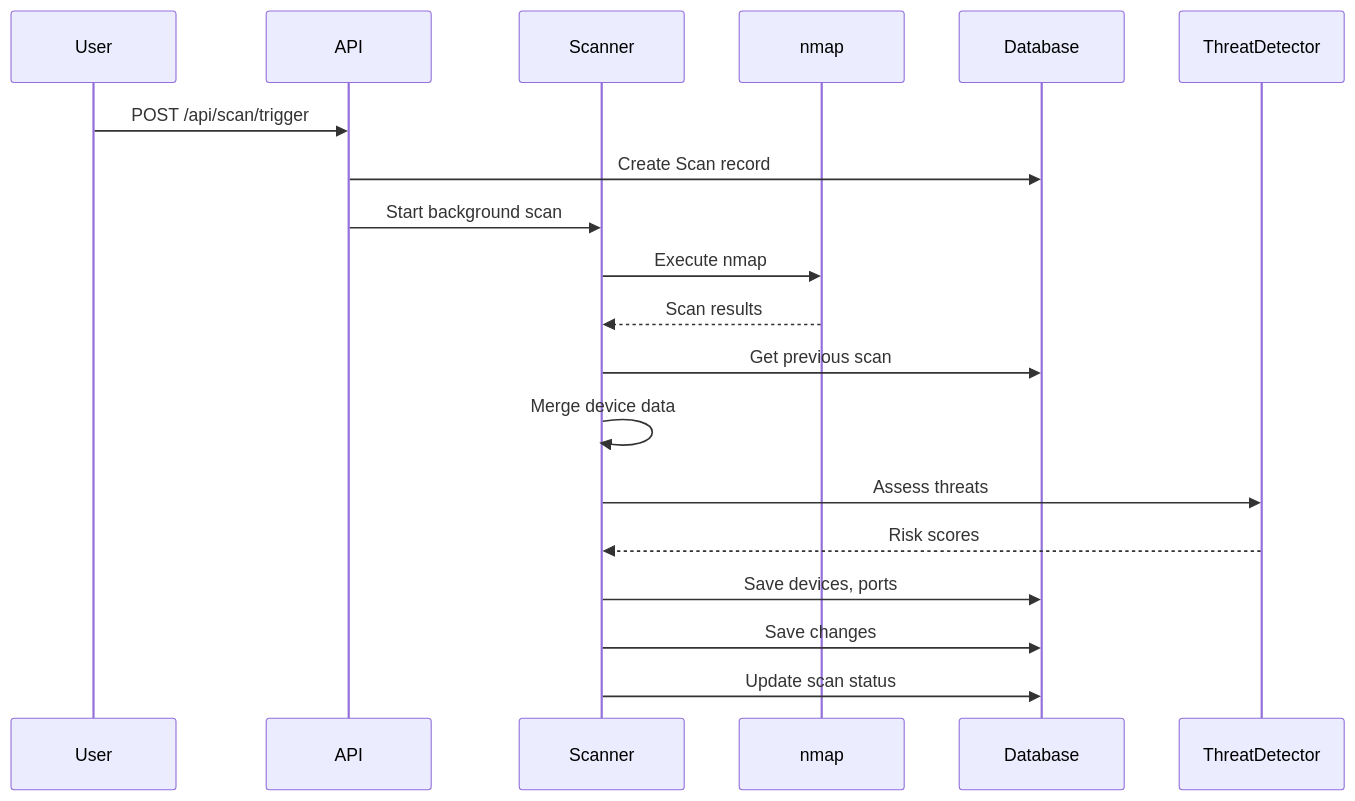
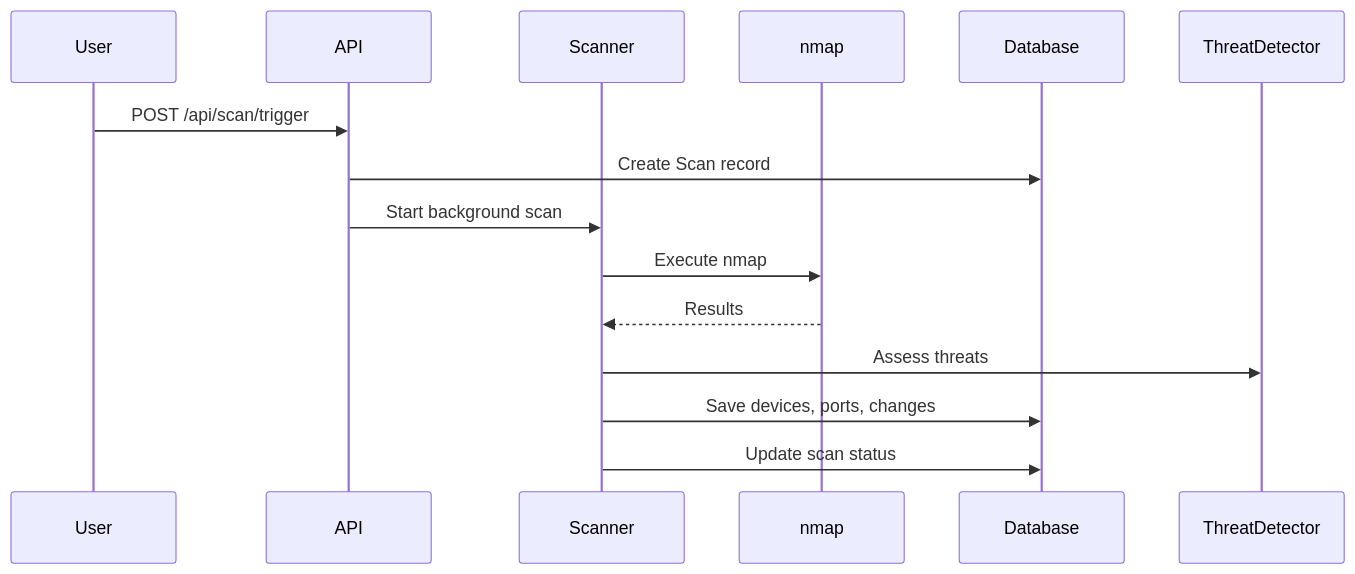
Before and after one commit to rangulvers/argus: the second of 2 diagrams in docs/development/architecture.md, drawn with Mermaid. The commit also changed other lines of this file and 15 other files, not shown here.

````diff
--- a/docs/development/architecture.md
+++ b/docs/development/architecture.md
@@ -82,22 +70,18 @@
 ```mermaid
 sequenceDiagram
     participant U as User
     participant A as API
     participant S as Scanner
     participant N as nmap
     participant D as Database
     participant T as ThreatDetector
 
     U->>A: POST /api/scan/trigger
     A->>D: Create Scan record
     A->>S: Start background scan
     S->>N: Execute nmap
-    N-->>S: Scan results
-    S->>D: Get previous scan
-    S->>S: Merge device data
+    N-->>S: Results
     S->>T: Assess threats
-    T-->>S: Risk scores
-    S->>D: Save devices, ports
-    S->>D: Save changes
+    S->>D: Save devices, ports, changes
     S->>D: Update scan status
 ```
````
